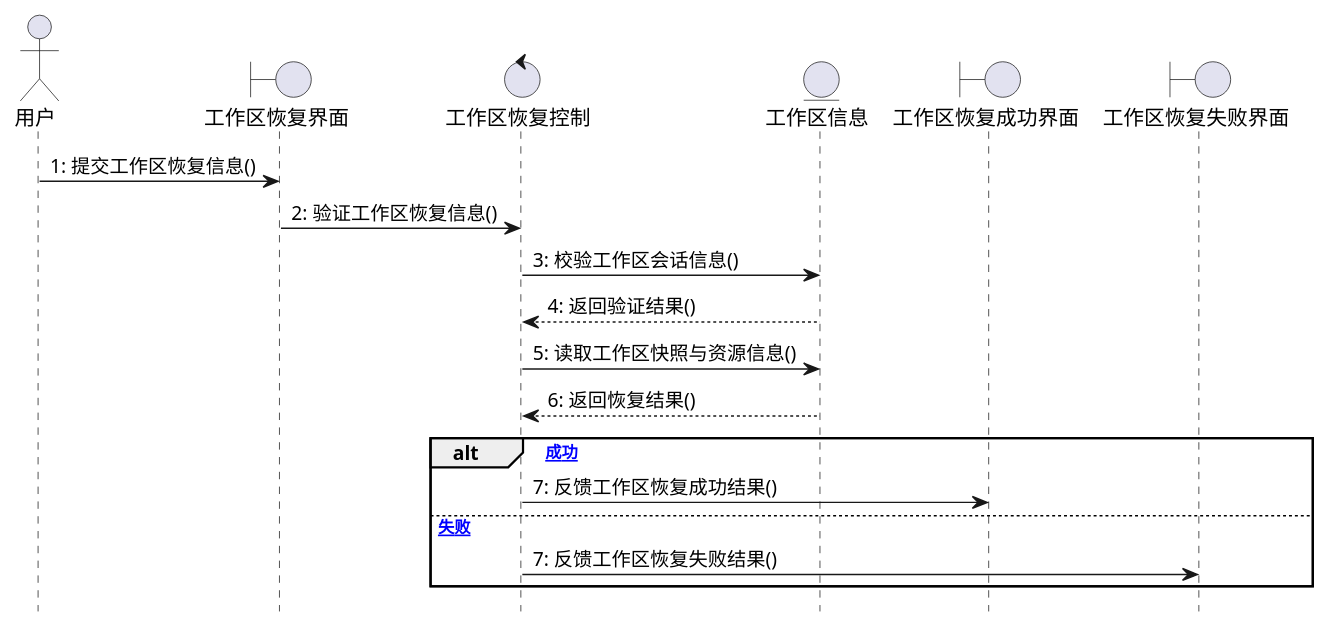
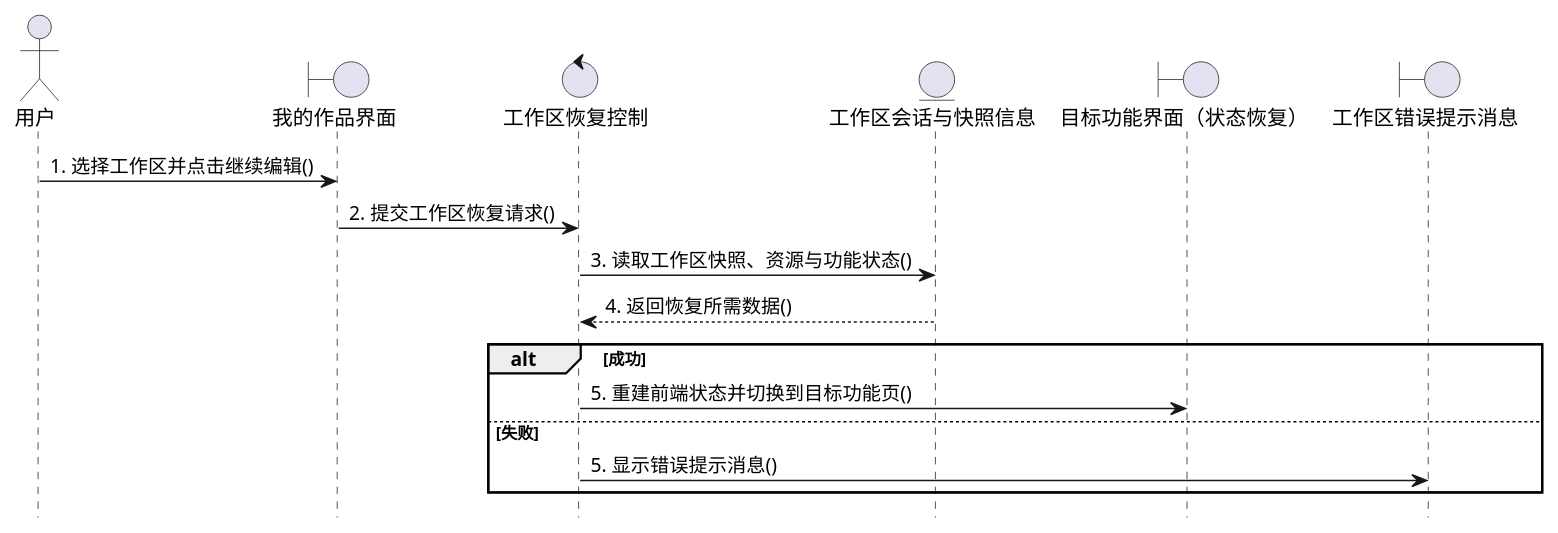
Diagram 13 of 16 in doc/paper.md (LyferLu/Artie), drawn with PlantUML before and after one commit. The commit also changed other lines of this file, not shown here.

````diff
--- a/doc/paper.md
+++ b/doc/paper.md
@@ -1027,23 +1049,21 @@
 ```plantuml
 @startuml
 hide footbox
 actor 用户
-boundary "工作区恢复界面" as B11
+boundary "我的作品界面" as B11
 control "工作区恢复控制" as C11
-entity "工作区信息" as E11
-boundary "工作区恢复成功界面" as BS11
-boundary "工作区恢复失败界面" as BF11
+entity "工作区会话与快照信息" as E11
+boundary "目标功能界面（状态恢复）" as BS11
+boundary "工作区错误提示消息" as BF11
 
-用户 -> B11 : 1: 提交工作区恢复信息()
-B11 -> C11 : 2: 验证工作区恢复信息()
-C11 -> E11 : 3: 校验工作区会话信息()
-E11 --> C11 : 4: 返回验证结果()
-C11 -> E11 : 5: 读取工作区快照与资源信息()
-E11 --> C11 : 6: 返回恢复结果()
-alt [成功]
-  C11 -> BS11 : 7: 反馈工作区恢复成功结果()
-else [失败]
-  C11 -> BF11 : 7: 反馈工作区恢复失败结果()
+用户 -> B11 : 1. 选择工作区并点击继续编辑()
+B11 -> C11 : 2. 提交工作区恢复请求()
+C11 -> E11 : 3. 读取工作区快照、资源与功能状态()
+E11 --> C11 : 4. 返回恢复所需数据()
+alt 成功
+  C11 -> BS11 : 5. 重建前端状态并切换到目标功能页()
+else 失败
+  C11 -> BF11 : 5. 显示错误提示消息()
 end
 @enduml
 ```
````
